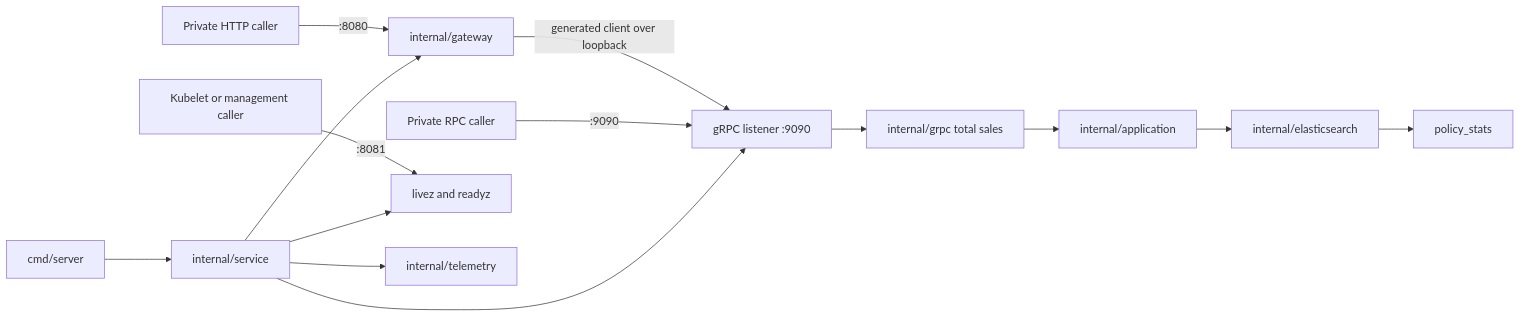
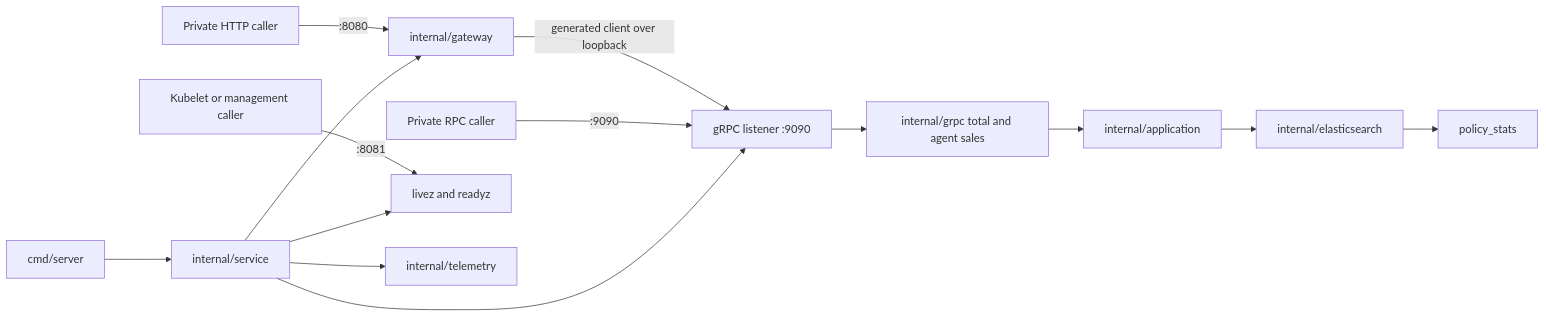
One commit to igor-baiborodine/insurance-hub changed the diagram in services/dashboard-service/README.md. Above: the diagram before and after it, drawn with Mermaid. The commit also changed other lines of this file and 19 other files, not shown here.

````diff
--- a/services/dashboard-service/README.md
+++ b/services/dashboard-service/README.md
@@ -40,16 +46,16 @@
 ```mermaid
 flowchart LR
     caller["Private HTTP caller"] -->|":8080"| gateway["internal/gateway"]
     gateway -->|"generated client over loopback"| listener["gRPC listener :9090"]
     direct["Private RPC caller"] -->|":9090"| listener
-    listener --> query["internal/grpc total sales"]
+    listener --> query["internal/grpc total and agent sales"]
     query --> usecase["internal/application"]
     usecase --> reader["internal/elasticsearch"]
     reader --> es["policy_stats"]
     probes["Kubelet or management caller"] -->|":8081"| health["livez and readyz"]
     entry["cmd/server"] --> composition["internal/service"]
     composition --> gateway
     composition --> listener
     composition --> health
     composition --> telemetry["internal/telemetry"]
 ```
````
